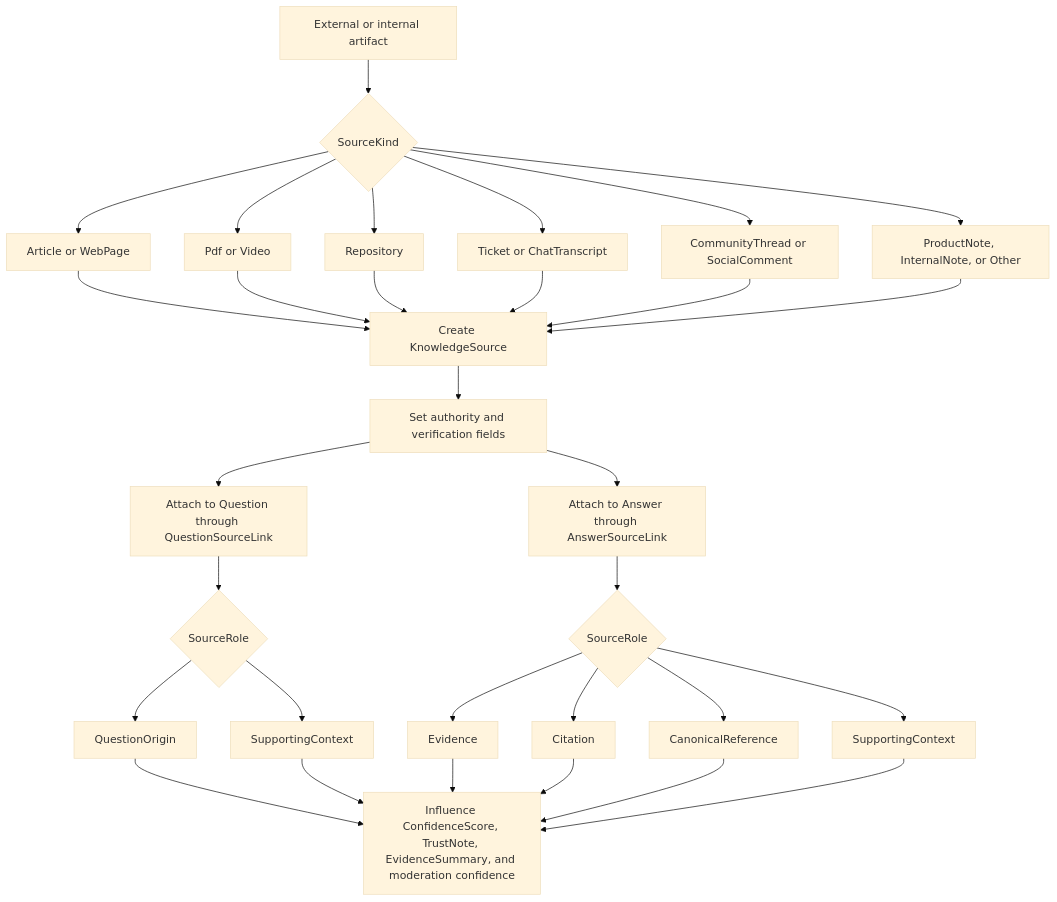
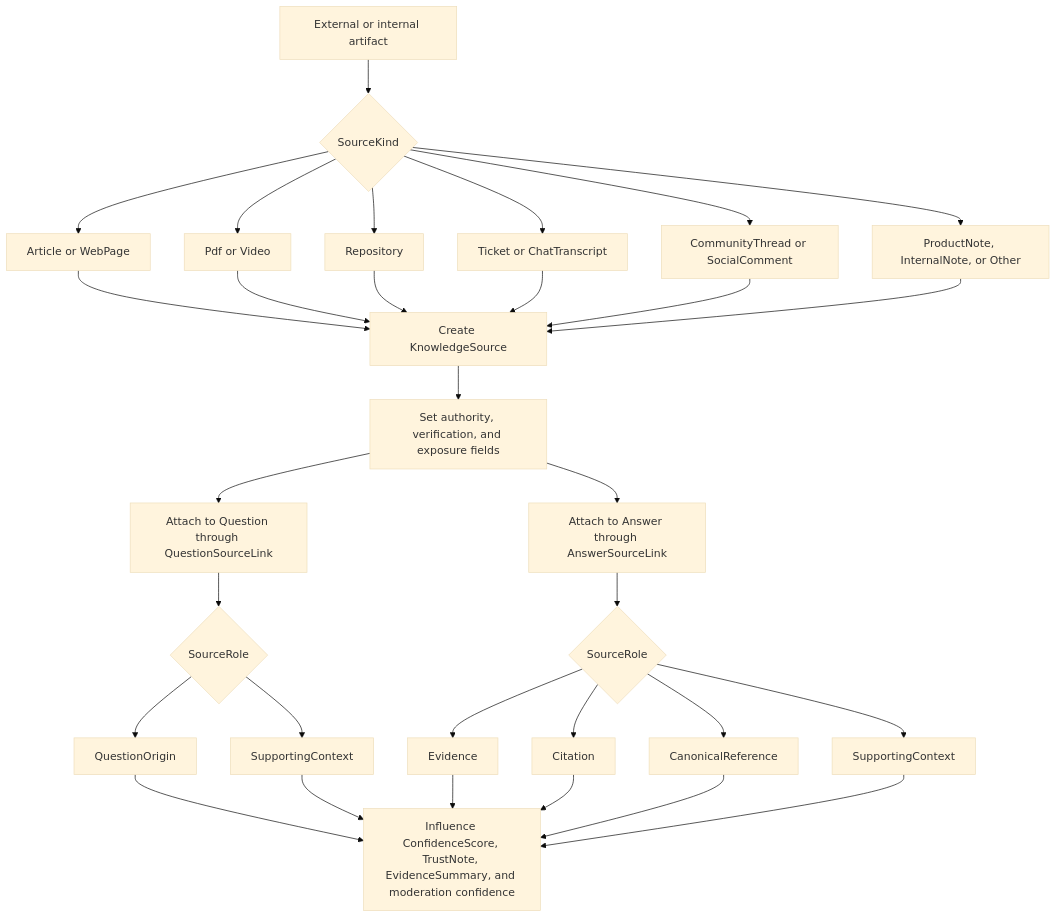
One commit to marcosrioj/querify changed the diagram in dotnet/BaseFaq.Sample.Features.NewQaModel/Flows/05-source-traceability-and-trust.md. Above: the diagram before and after it, drawn with Mermaid (base theme). The commit also changed other lines of this file and 17 other files, not shown here.

````diff
--- a/dotnet/BaseFaq.Sample.Features.NewQaModel/Flows/05-source-traceability-and-trust.md
+++ b/dotnet/BaseFaq.Sample.Features.NewQaModel/Flows/05-source-traceability-and-trust.md
@@ -7,34 +7,34 @@
 ```mermaid
 flowchart TD
     Raw[External or internal artifact] --> Type{SourceKind}
     Type --> Article[Article or WebPage]
     Type --> File[Pdf or Video]
     Type --> Repo[Repository]
     Type --> Support[Ticket or ChatTranscript]
     Type --> Community[CommunityThread or SocialComment]
     Type --> Ops[ProductNote, InternalNote, or Other]
     Article --> Normalize
     File --> Normalize
     Repo --> Normalize
     Support --> Normalize
     Community --> Normalize
     Ops --> Normalize
-    Normalize[Create KnowledgeSource] --> Verify[Set authority and verification fields]
+    Normalize[Create KnowledgeSource] --> Verify[Set authority, verification, and exposure fields]
     Verify --> QAttach[Attach to Question through QuestionSourceLink]
     Verify --> AAttach[Attach to Answer through AnswerSourceLink]
     QAttach --> QRole{SourceRole}
     AAttach --> ARole{SourceRole}
     QRole --> QOrigin[QuestionOrigin]
     QRole --> QContext[SupportingContext]
     ARole --> AEvidence[Evidence]
     ARole --> ACitation[Citation]
     ARole --> ACanonical[CanonicalReference]
     ARole --> AContext[SupportingContext]
     QOrigin --> Trust
     QContext --> Trust
     AEvidence --> Trust
     ACitation --> Trust
     ACanonical --> Trust
     AContext --> Trust
     Trust[Influence ConfidenceScore, TrustNote, EvidenceSummary, and moderation confidence]
 ```
````
